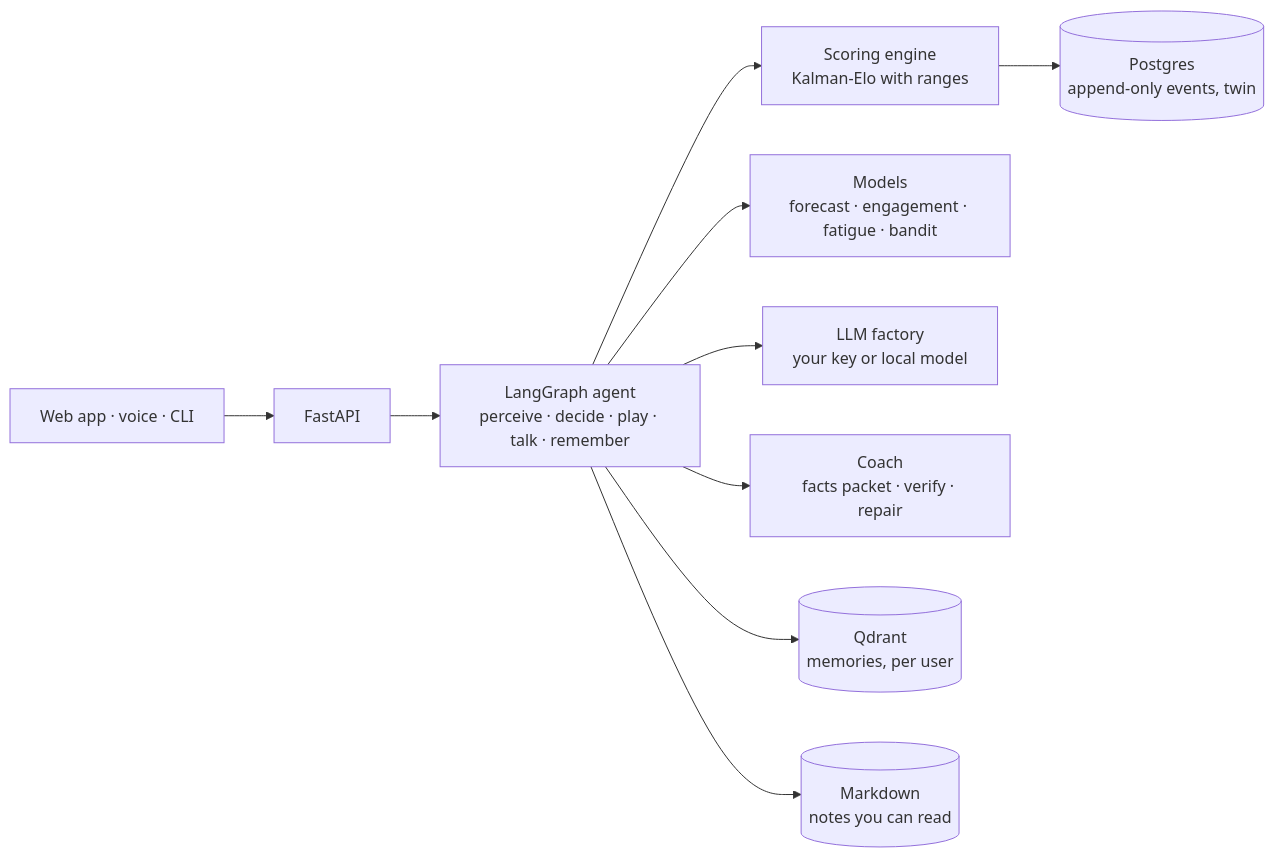
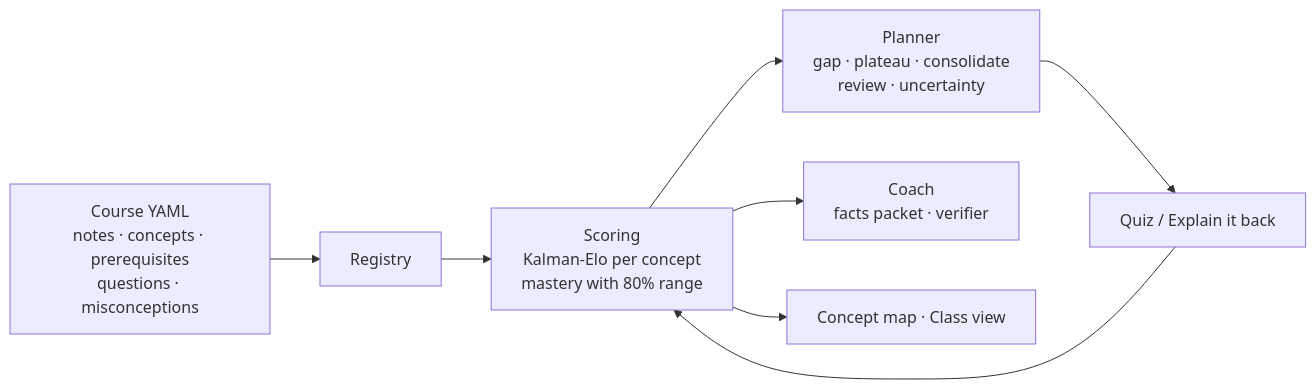
The diagram in README.md (yassinekolsi/lodestar), drawn with Mermaid before and after one commit. The commit also changed other lines of this file and 12 other files, not shown here.

Commit message:
docs: readme, evidence map and the study coach design

````diff
--- a/README.md
+++ b/README.md
@@ -71,12 +57,10 @@
 ```mermaid
 flowchart LR
-  U[Web app · voice · CLI] --> API[FastAPI]
-  API --> G[LangGraph agent<br/>perceive · decide · play · talk · remember]
-  G --> S[Scoring engine<br/>Kalman-Elo with ranges]
-  G --> M[Models<br/>forecast · engagement · fatigue · bandit]
-  G --> L[LLM factory<br/>your key or local model]
-  G --> C[Coach<br/>facts packet · verify · repair]
-  S --> PG[(Postgres<br/>append-only events, twin)]
-  G --> Q[(Qdrant<br/>memories, per user)]
-  G --> N[(Markdown<br/>notes you can read)]
+  C[Course YAML<br/>notes · concepts · prerequisites<br/>questions · misconceptions] --> R[Registry]
+  R --> S[Scoring<br/>Kalman-Elo per concept<br/>mastery with 80% range]
+  S --> P[Planner<br/>gap · plateau · consolidate<br/>review · uncertainty]
+  P --> Q[Quiz / Explain it back]
+  Q --> S
+  S --> T[Coach<br/>facts packet · verifier]
+  S --> V[Concept map · Class view]
 ```
````
